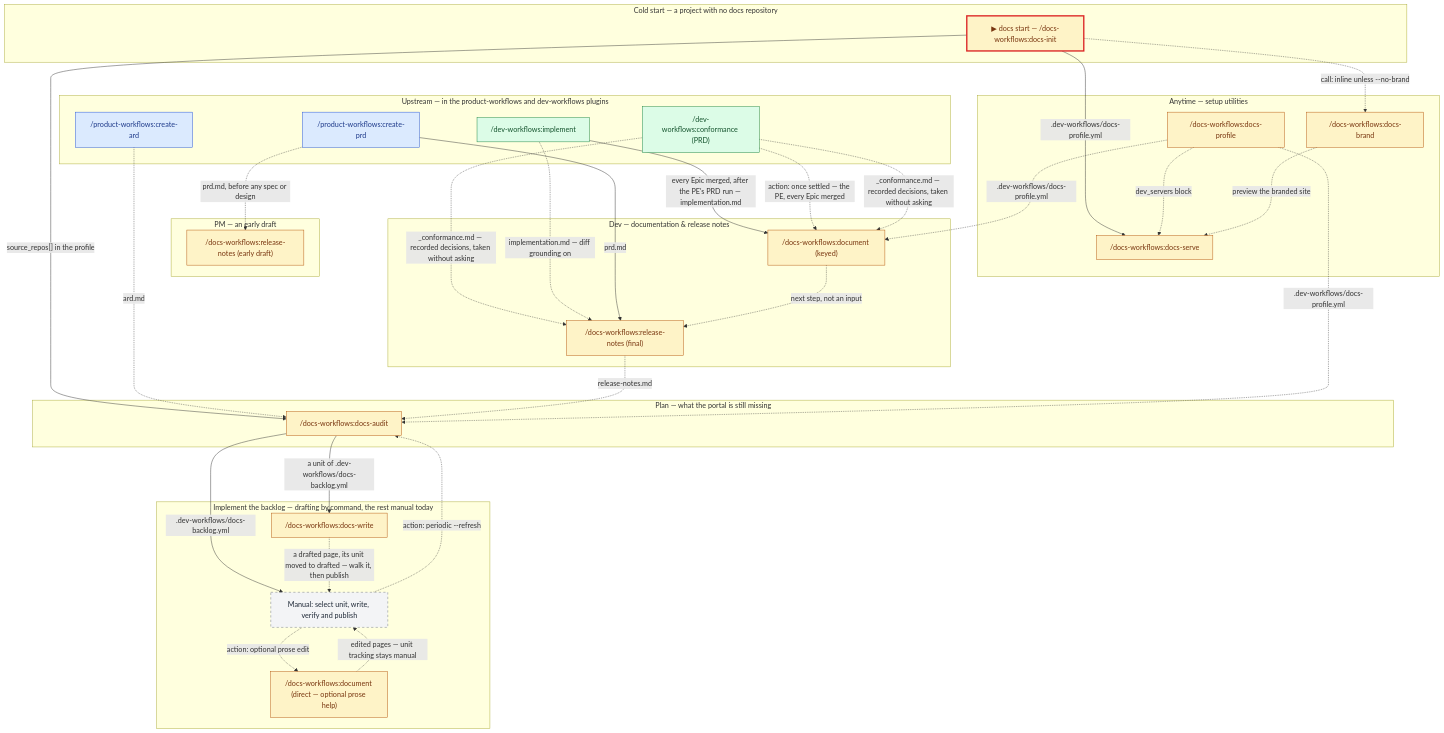
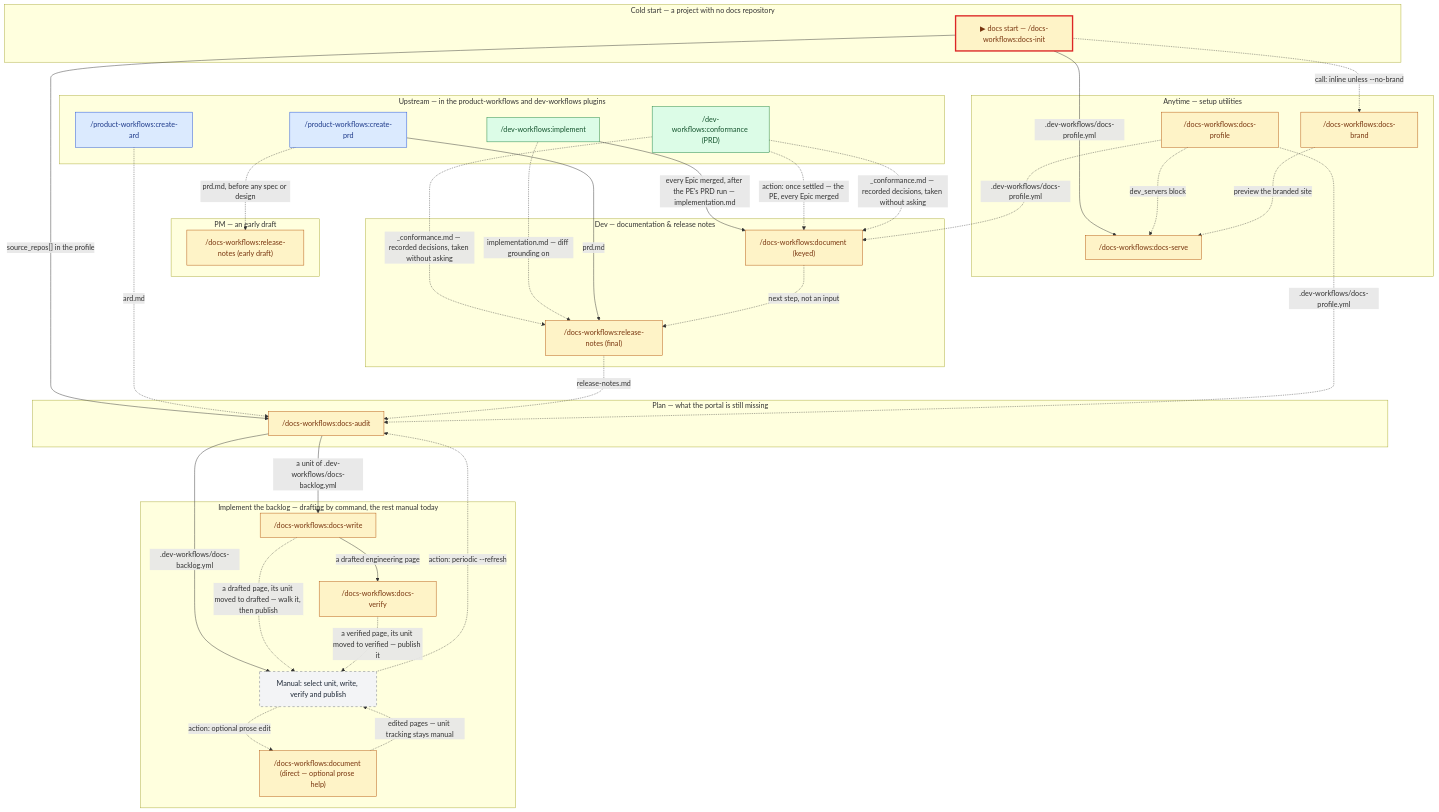
One commit to ihudak/ai-workflows changed the diagram in plugins/docs-workflows/docs/workflow.md. Above: the diagram before and after it, drawn with Mermaid. The commit also changed 9 other files, not shown here.

````diff
--- a/plugins/docs-workflows/docs/workflow.md
+++ b/plugins/docs-workflows/docs/workflow.md
@@ -5,63 +5,66 @@
 ```mermaid
 flowchart TD
     subgraph UP["Upstream — in the product-workflows and dev-workflows plugins"]
         implement["/dev-workflows:implement"]:::dev
         conformanceprd["/dev-workflows:conformance (PRD)"]:::dev
         createprd["/product-workflows:create-prd"]:::prod
         createard["/product-workflows:create-ard"]:::prod
     end
     subgraph EARLY["PM — an early draft"]
         rnpm["/docs-workflows:release-notes (early draft)"]:::docs
     end
     subgraph DOCS["Dev — documentation & release notes"]
         document["/docs-workflows:document (keyed)"]:::docs
         rndev["/docs-workflows:release-notes (final)"]:::docs
     end
     subgraph COLD["Cold start — a project with no docs repository"]
         init["▶ docs start — /docs-workflows:docs-init"]:::docs
     end
     subgraph PLAN["Plan — what the portal is still missing"]
         audit["/docs-workflows:docs-audit"]:::docs
     end
     subgraph MANUAL["Implement the backlog — drafting by command, the rest manual today"]
         docswrite["/docs-workflows:docs-write"]:::docs
+        docsverify["/docs-workflows:docs-verify"]:::docs
         units["Manual: select unit, write, verify and publish"]:::manual
         direct["/docs-workflows:document (direct — optional prose help)"]:::docs
     end
     subgraph SETUP["Anytime — setup utilities"]
         profile["/docs-workflows:docs-profile"]:::docs
         brand["/docs-workflows:docs-brand"]:::docs
         docsserve["/docs-workflows:docs-serve"]:::docs
     end
 
     implement -->|"every Epic merged, after the PE's PRD run — implementation.md"| document
     conformanceprd -.->|"action: once settled — the PE, every Epic merged"| document
     conformanceprd -.->|"_conformance.md — recorded decisions, taken without asking"| document
     conformanceprd -.->|"_conformance.md — recorded decisions, taken without asking"| rndev
     implement -.->|implementation.md — diff grounding on| rndev
     createprd -.->|prd.md, before any spec or design| rnpm
     createprd -->|prd.md| rndev
     document -.->|next step, not an input| rndev
     init -.->|call: inline unless --no-brand| brand
     init -->|"source_repos[] in the profile"| audit
     createard -.->|ard.md| audit
     rndev -.->|release-notes.md| audit
     audit -->|.dev-workflows/docs-backlog.yml| units
     audit -->|"a unit of .dev-workflows/docs-backlog.yml"| docswrite
     docswrite -.->|"a drafted page, its unit moved to drafted — walk it, then publish"| units
+    docswrite -->|"a drafted engineering page"| docsverify
+    docsverify -.->|"a verified page, its unit moved to verified — publish it"| units
     units -.->|action: optional prose edit| direct
     direct -.->|edited pages — unit tracking stays manual| units
     units -.->|action: periodic --refresh| audit
     init -->|.dev-workflows/docs-profile.yml| docsserve
     profile -.->|.dev-workflows/docs-profile.yml| document
     profile -.->|.dev-workflows/docs-profile.yml| audit
     profile -.->|dev_servers block| docsserve
     brand -.->|preview the branded site| docsserve
 
     classDef prod fill:#dbeafe,stroke:#1d4ed8,color:#1e3a8a
     classDef dev fill:#dcfce7,stroke:#15803d,color:#14532d
     classDef docs fill:#fef3c7,stroke:#b45309,color:#78350f
     classDef manual fill:#f3f4f6,stroke:#6b7280,color:#1f2937,stroke-dasharray:5 5
     classDef entry stroke:#dc2626,stroke-width:3px
     class init entry
 ```
````
